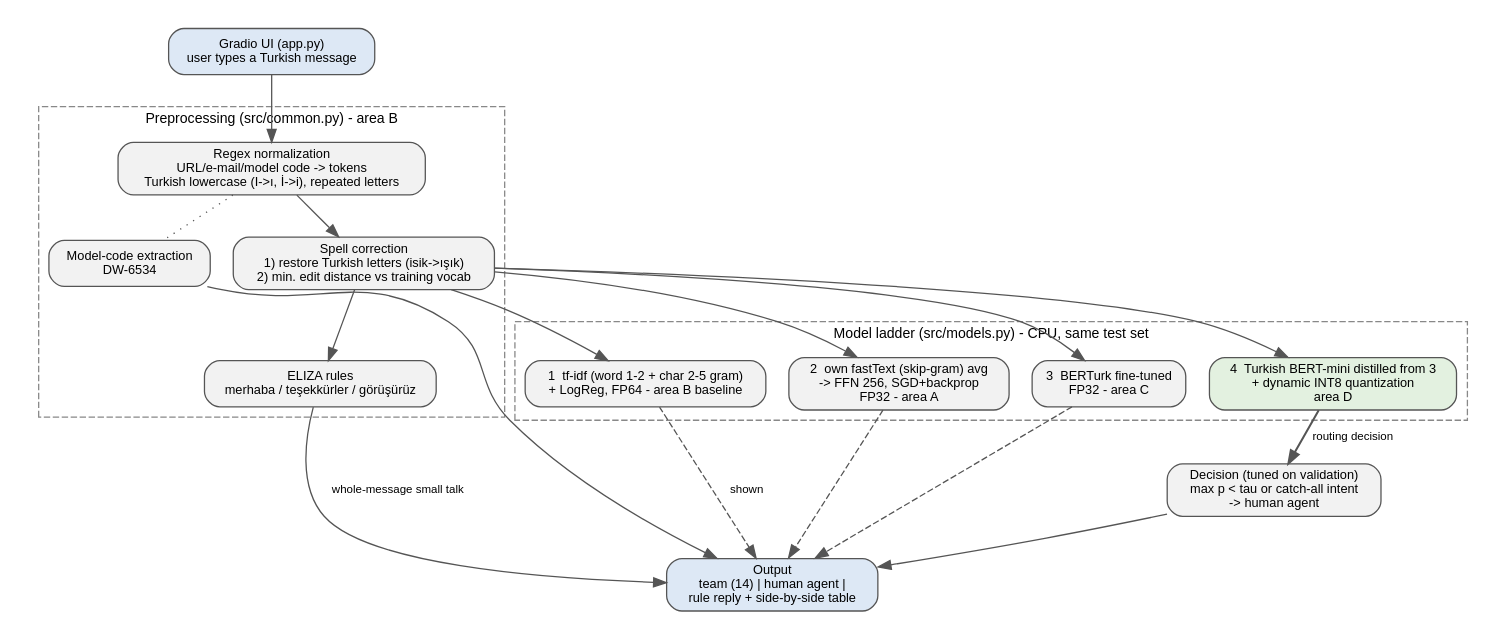
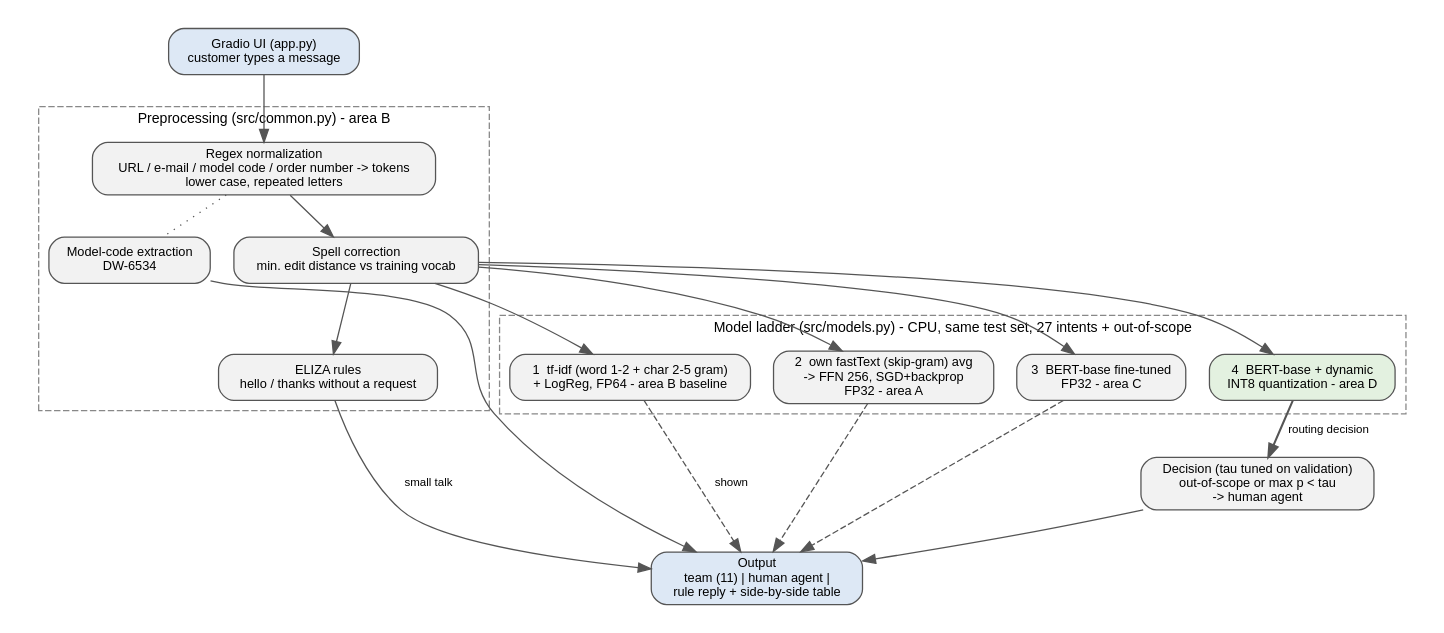
Before and after one commit to rkfirat/swe015-ticket-router: the diagram in docs/architecture.dot, drawn with Graphviz. The commit also changed 14 other files, not shown here.

First line of the commit message:
Switch to English customer-support data with a learned out-of-scope class

```diff
--- a/docs/architecture.dot
+++ b/docs/architecture.dot
@@ -1,36 +1,36 @@
-// Rendered with: dot -Tpng docs/architecture.dot -o docs/architecture.png
+// Rendered with: dot -Tpng -Gdpi=200 docs/architecture.dot -o docs/architecture.png
 digraph router {
   rankdir=TB;
   graph [fontname="Helvetica", fontsize=11, nodesep=0.25, ranksep=0.45, pad=0.2];
   node  [fontname="Helvetica", fontsize=10, shape=box, style="rounded,filled", fillcolor="#f2f2f2", color="#555555"];
   edge  [fontname="Helvetica", fontsize=9, color="#555555"];
 
-  ui     [label="Gradio UI (app.py)\nuser types a Turkish message", fillcolor="#dde8f5"];
+  ui     [label="Gradio UI (app.py)\ncustomer types a message", fillcolor="#dde8f5"];
 
   subgraph cluster_pre {
     label="Preprocessing (src/common.py) - area B"; style=dashed; color="#888888";
-    regex  [label="Regex normalization\nURL/e-mail/model code -> tokens\nTurkish lowercase (I->ı, İ->i), repeated letters"];
+    regex  [label="Regex normalization\nURL / e-mail / model code / order number -> tokens\nlower case, repeated letters"];
     codes  [label="Model-code extraction\nDW-6534"];
-    spell  [label="Spell correction\n1) restore Turkish letters (isik->ışık)\n2) min. edit distance vs training vocab"];
-    eliza  [label="ELIZA rules\nmerhaba / teşekkürler / görüşürüz"];
+    spell  [label="Spell correction\nmin. edit distance vs training vocab"];
+    eliza  [label="ELIZA rules\nhello / thanks without a request"];
   }
 
   subgraph cluster_models {
-    label="Model ladder (src/models.py) - CPU, same test set"; style=dashed; color="#888888";
+    label="Model ladder (src/models.py) - CPU, same test set, 27 intents + out-of-scope"; style=dashed; color="#888888";
     m1 [label="1  tf-idf (word 1-2 + char 2-5 gram)\n+ LogReg, FP64 - area B baseline"];
     m2 [label="2  own fastText (skip-gram) avg\n-> FFN 256, SGD+backprop\nFP32 - area A"];
-    m3 [label="3  BERTurk fine-tuned\nFP32 - area C"];
-    m4 [label="4  Turkish BERT-mini distilled from 3\n+ dynamic INT8 quantization\narea D", fillcolor="#e3f1e0"];
+    m3 [label="3  BERT-base fine-tuned\nFP32 - area C"];
+    m4 [label="4  BERT-base + dynamic\nINT8 quantization - area D", fillcolor="#e3f1e0"];
   }
 
-  thr    [label="Decision (tuned on validation)\nmax p < tau or catch-all intent\n-> human agent"];
-  out    [label="Output\nteam (14) | human agent |\nrule reply + side-by-side table", fillcolor="#dde8f5"];
+  thr    [label="Decision (tau tuned on validation)\nout-of-scope or max p < tau\n-> human agent"];
+  out    [label="Output\nteam (11) | human agent |\nrule reply + side-by-side table", fillcolor="#dde8f5"];
 
   ui -> regex;
   regex -> codes [style=dotted, arrowhead=none];
   regex -> spell -> eliza;
   spell -> m1; spell -> m2; spell -> m3; spell -> m4;
   m4 -> thr [label="routing decision", penwidth=1.6];
   m1 -> out [style=dashed, label="shown"]; m2 -> out [style=dashed]; m3 -> out [style=dashed];
-  thr -> out; eliza -> out [label="whole-message small talk"]; codes -> out;
+  thr -> out; eliza -> out [label="small talk"]; codes -> out;
 }
```
